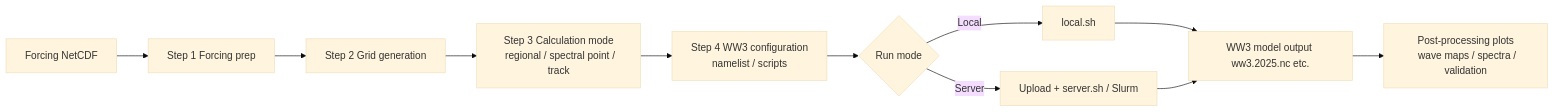
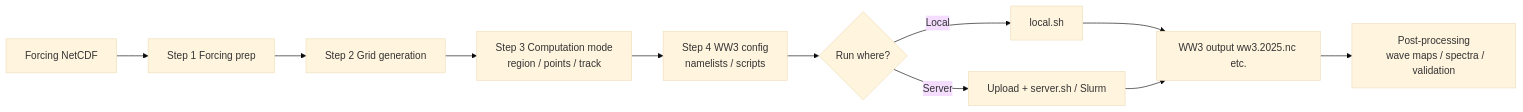
The diagram in README.md (ZxyGch/WW3Tool), drawn with Mermaid (base theme) before and after one commit. The commit also changed other lines of this file and 75 other files, not shown here.

````diff
--- a/README.md
+++ b/README.md
@@ -157,16 +276,16 @@
 ```mermaid
 flowchart LR
   A[Forcing NetCDF] --> B[Step 1 Forcing prep]
   B --> C[Step 2 Grid generation]
-  C --> D[Step 3 Calculation mode
-  regional / spectral point / track]
-  D --> E[Step 4 WW3 configuration
-  namelist / scripts]
-  E --> F{Run mode}
+  C --> D[Step 3 Computation mode
+  region / points / track]
+  D --> E[Step 4 WW3 config
+  namelists / scripts]
+  E --> F{Run where?}
   F -->|Local| G[local.sh]
   F -->|Server| H[Upload + server.sh / Slurm]
-  G --> I[WW3 model output ww3.2025.nc etc.]
+  G --> I[WW3 output ww3.2025.nc etc.]
   H --> I
-  I --> J[Post-processing plots
+  I --> J[Post-processing
   wave maps / spectra / validation]
 ```
````
